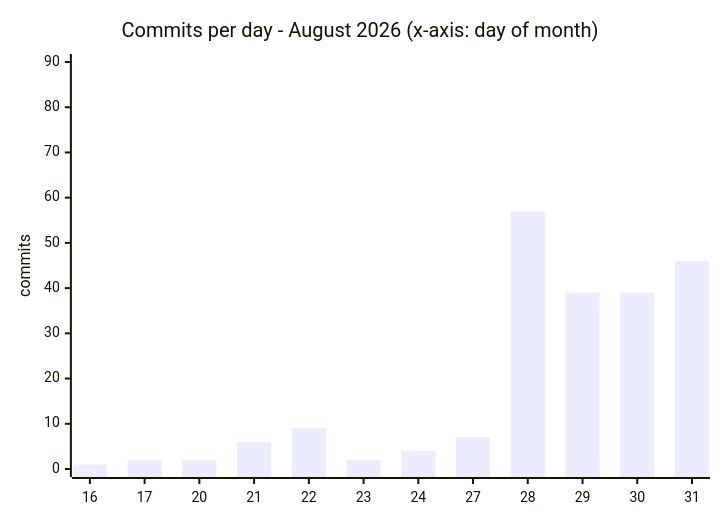
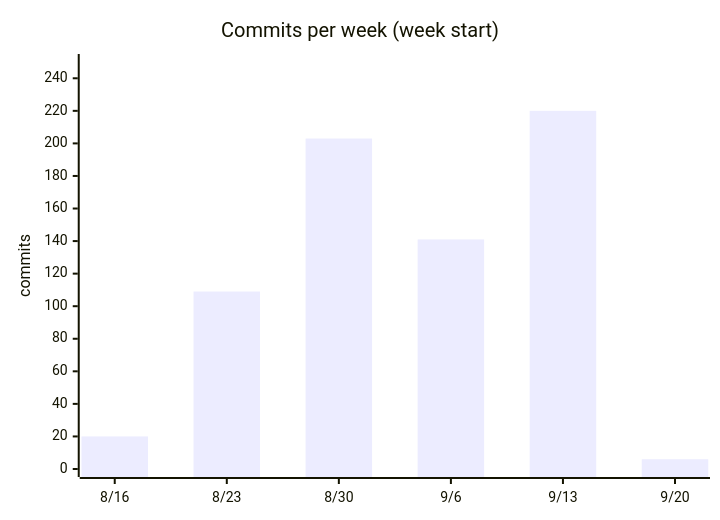
One commit to Sleepsong/goldeneye-pc-port changed the second of 5 diagrams in docs/dev/agentic-development.md. Above: the diagram before and after it, drawn with Mermaid. The commit also changed other lines of this file, not shown here.

Commit message:
docs(agentic-development): velocity chart daily -> single weekly-totals chart (6 bars)

````diff
--- a/docs/dev/agentic-development.md
+++ b/docs/dev/agentic-development.md
@@ -133,7 +133,7 @@
 ```mermaid
 xychart-beta
-    title "Commits per day - August 2026 (x-axis: day of month)"
-    x-axis ["16", "17", "20", "21", "22", "23", "24", "27", "28", "29", "30", "31"]
-    y-axis "commits" 0 --> 90
-    bar [1, 2, 2, 6, 9, 2, 4, 7, 57, 39, 39, 46]
+    title "Commits per week (week start)"
+    x-axis ["8/16", "8/23", "8/30", "9/6", "9/13", "9/20"]
+    y-axis "commits" 0 --> 250
+    bar [20, 109, 203, 141, 220, 6]
 ```
````
